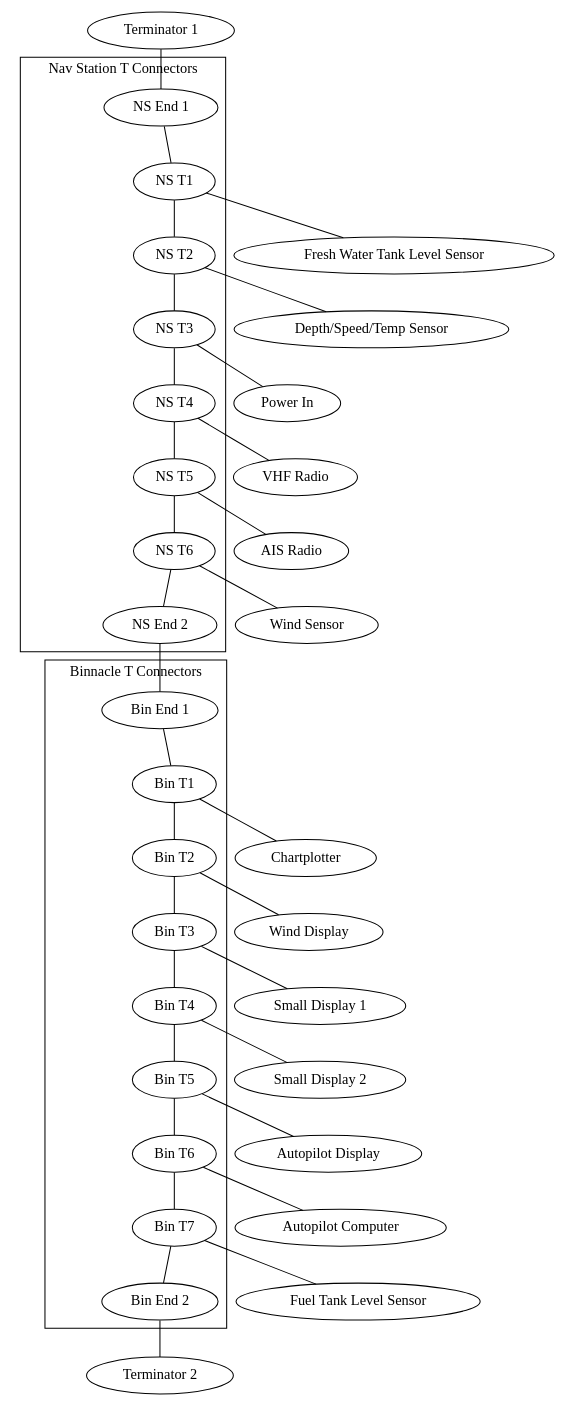
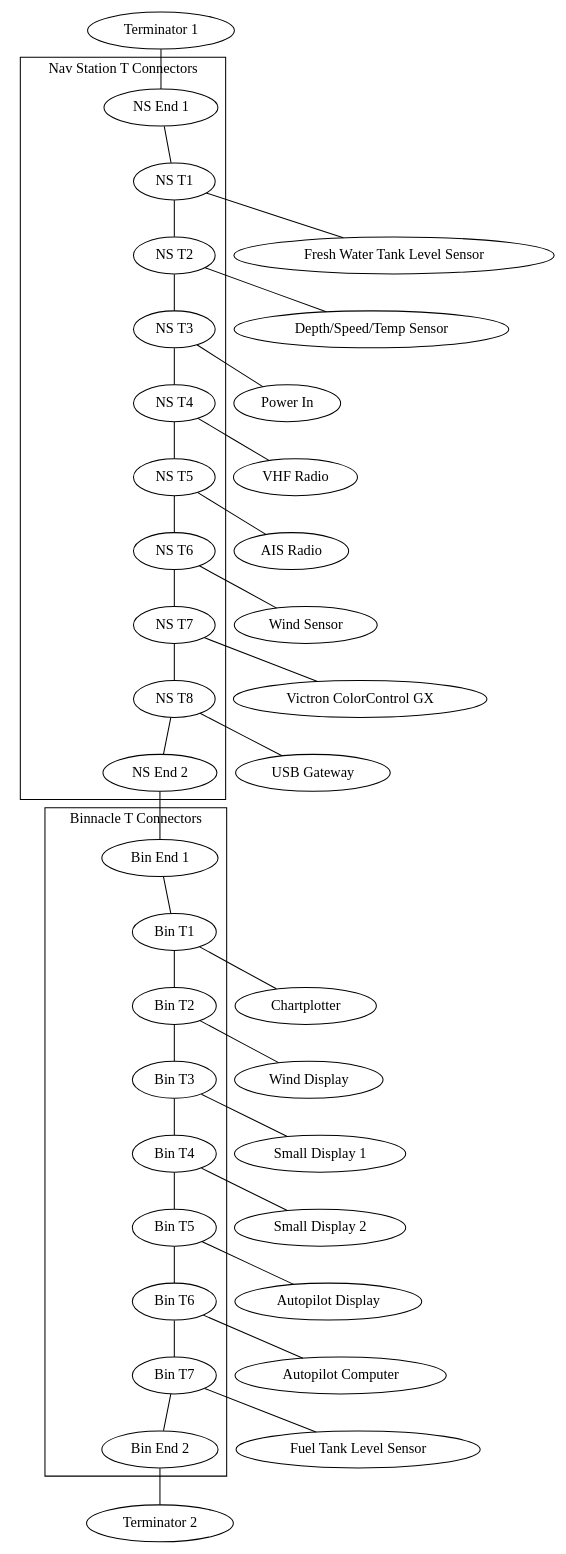
The diagram in nmea-2000.gv (aaronaxvig/hunter-376-docs), drawn with Graphviz before and after one commit.

Commit message:
Add devices to N2K diagram

```diff
--- a/nmea-2000.gv
+++ b/nmea-2000.gv
@@ -1,26 +1,28 @@
 graph NMEA2000 {
     subgraph cluster_nav_station_t_connectors {
         label="Nav Station T Connectors"
-        "NS End 1" -- "NS T1" -- "NS T2" -- "NS T3"-- "NS T4" -- "NS T5" -- "NS T6" -- "NS End 2";
+        "NS End 1" -- "NS T1" -- "NS T2" -- "NS T3"-- "NS T4" -- "NS T5" -- "NS T6" -- "NS T7" -- "NS T8" -- "NS End 2";
     }
     subgraph cluster_binnacle_t_connectors {
         label="Binnacle T Connectors"
         "Bin End 1" -- "Bin T1" -- "Bin T2" -- "Bin T3" -- "Bin T4" -- "Bin T5" -- "Bin T6" -- "Bin T7" -- "Bin End 2";
     }
     "Terminator 1" -- "NS End 1";
     "NS T1" -- "Fresh Water Tank Level Sensor";
     "NS T2" -- "Depth/Speed/Temp Sensor";
     "NS T3" -- "Power In";
     "NS T4" -- "VHF Radio";
     "NS T5" -- "AIS Radio";
     "NS T6" -- "Wind Sensor";
+    "NS T7" -- "Victron ColorControl GX";
+    "NS T8" -- "USB Gateway";
     "NS End 2" -- "Bin End 1";
     "Bin T1" -- "Chartplotter";
     "Bin T2" -- "Wind Display";
     "Bin T3" -- "Small Display 1";
     "Bin T4" -- "Small Display 2";
     "Bin T5" -- "Autopilot Display";
     "Bin T6" -- "Autopilot Computer";
     "Bin T7" -- "Fuel Tank Level Sensor";
     "Bin End 2" -- "Terminator 2";
 }
```
